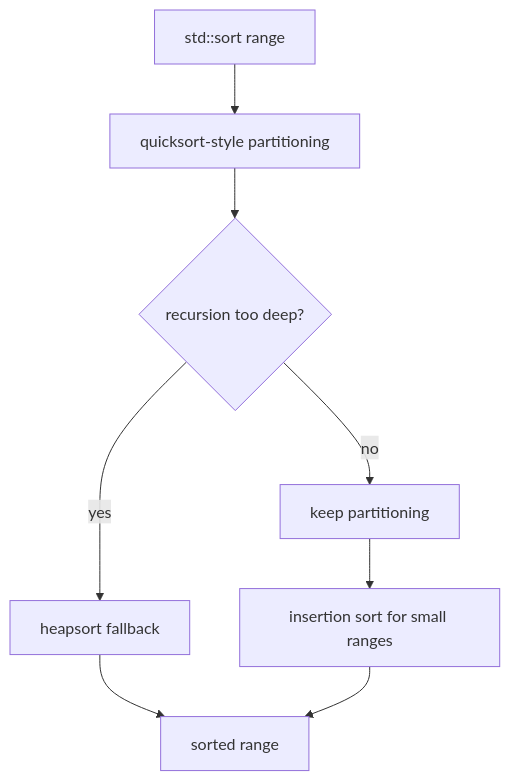
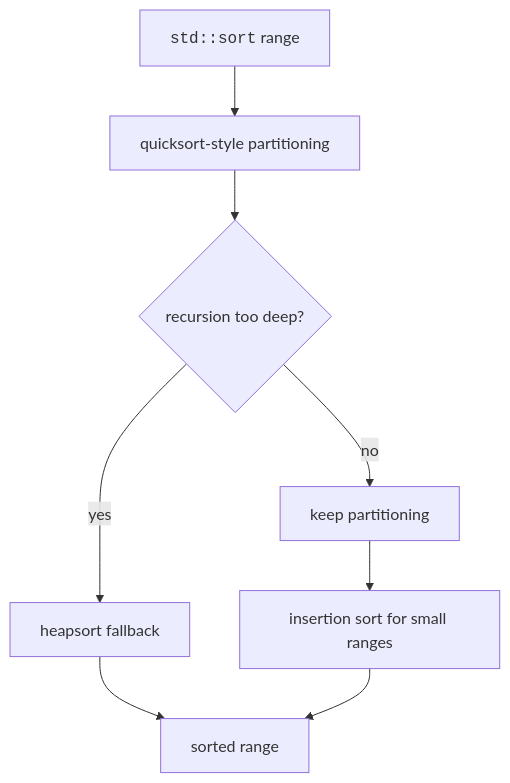
One commit to dataslope/dataslope changed the second of 2 diagrams in content/learn/mastering-dsa-cpp/sorting-efficient.mdx. Above: the diagram before and after it, drawn with Mermaid. The commit also changed 153 other files, not shown here.

First line of the commit message:
Render code-only mermaid shapes in monospace; convert step sequences to Steps

````diff
--- a/content/learn/mastering-dsa-cpp/sorting-efficient.mdx
+++ b/content/learn/mastering-dsa-cpp/sorting-efficient.mdx
@@ -110,10 +110,10 @@
 ```mermaid
 flowchart TD
-    A["std::sort range"] --> B["quicksort-style partitioning"]
+    A["<code>std::sort</code> range"] --> B["quicksort-style partitioning"]
     B --> C{"recursion too deep?"}
     C -- "no" --> D["keep partitioning"]
     C -- "yes" --> E["heapsort fallback"]
     D --> F["insertion sort for small ranges"]
     E --> H["sorted range"]
     F --> H
 ```
````
